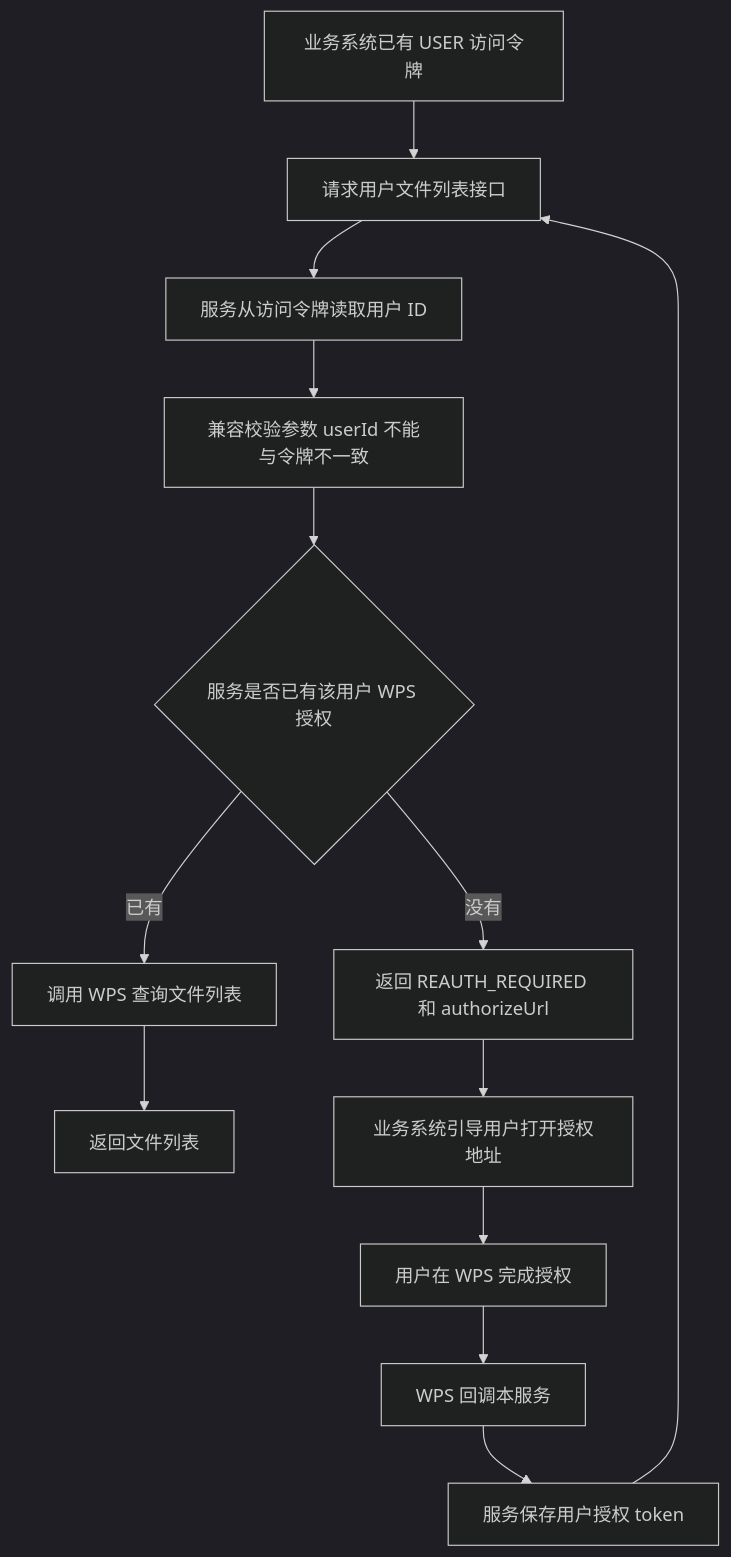
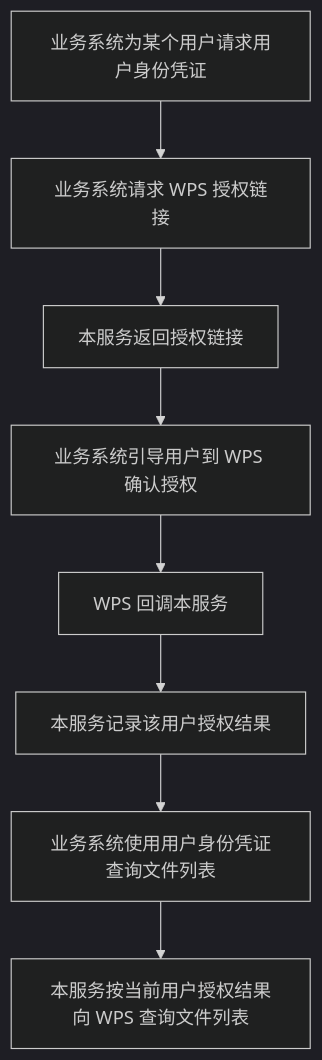
The fourth of 4 diagrams in docs/features/wps-yundoc-interface-mvp-feature.zh-CN.md (a1351995160/yungateway-minimal-token-wps), drawn with Mermaid (dark theme) before and after one commit. The commit also changed other lines of this file and 151 other files, not shown here.

````diff
--- a/docs/features/wps-yundoc-interface-mvp-feature.zh-CN.md
+++ b/docs/features/wps-yundoc-interface-mvp-feature.zh-CN.md
@@ -128,15 +101,10 @@
 ```mermaid
 flowchart TD
-    A["业务系统已有 USER 访问令牌"] --> B["请求用户文件列表接口"]
-    B --> C["服务从访问令牌读取用户 ID"]
-    C --> D["兼容校验参数 userId 不能与令牌不一致"]
-    D --> E{服务是否已有该用户 WPS 授权}
-    E -->|已有| F["调用 WPS 查询文件列表"]
-    F --> G["返回文件列表"]
-    E -->|没有| H["返回 REAUTH_REQUIRED 和 authorizeUrl"]
-    H --> I["业务系统引导用户打开授权地址"]
-    I --> J["用户在 WPS 完成授权"]
-    J --> K["WPS 回调本服务"]
-    K --> L["服务保存用户授权 token"]
-    L --> B
+    A["业务系统为某个用户请求用户身份凭证"] --> B["业务系统请求 WPS 授权链接"]
+    B --> C["本服务返回授权链接"]
+    C --> D["业务系统引导用户到 WPS 确认授权"]
+    D --> E["WPS 回调本服务"]
+    E --> F["本服务记录该用户授权结果"]
+    F --> G["业务系统使用用户身份凭证查询文件列表"]
+    G --> H["本服务按当前用户授权结果向 WPS 查询文件列表"]
 ```
````
